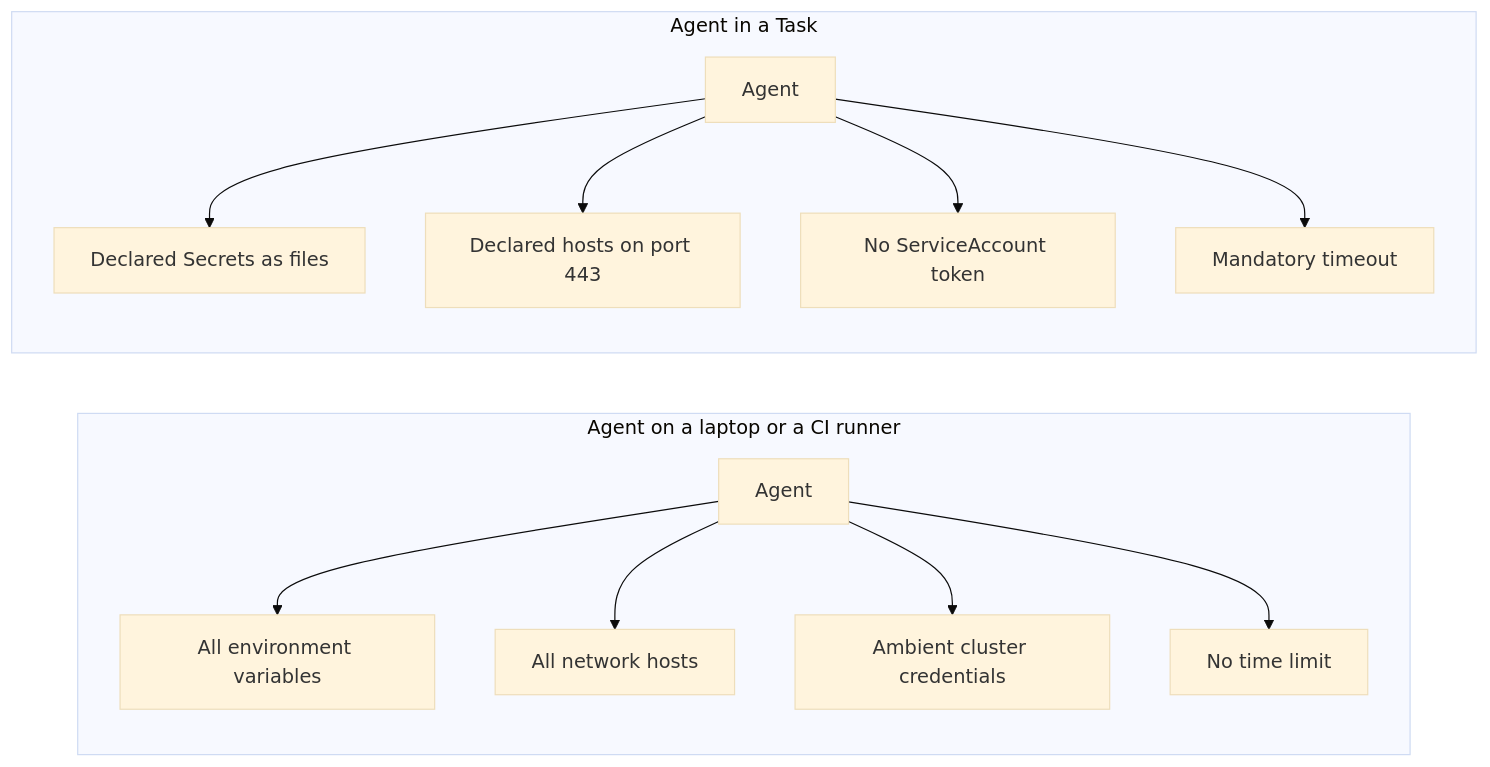
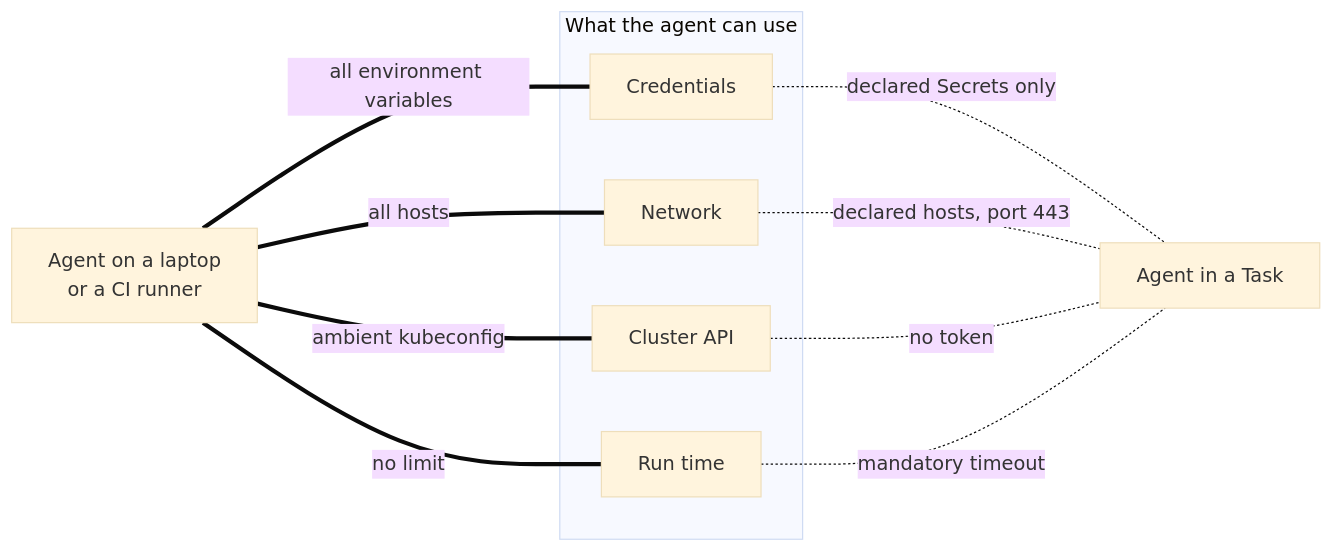
Before and after one commit to openconveyor/openconveyor: the first of 4 diagrams in README.md, drawn with Mermaid (base theme). The commit also changed other lines of this file, not shown here.

Commit message:
docs: redraw the why-it-exists diagram as one comparison

````diff
--- a/README.md
+++ b/README.md
@@ -26,15 +27,19 @@
 ```mermaid
 flowchart LR
-    subgraph before["Agent on a laptop or a CI runner"]
-        a1[Agent] --> e1[All environment variables]
-        a1 --> n1[All network hosts]
-        a1 --> k1[Ambient cluster credentials]
-        a1 --> t1[No time limit]
+    laptop["Agent on a laptop<br/>or a CI runner"]
+    task["Agent in a Task"]
+    subgraph reach["What the agent can use"]
+        creds[Credentials]
+        net[Network]
+        api[Cluster API]
+        time[Run time]
     end
-    subgraph after["Agent in a Task"]
-        a2[Agent] --> e2[Declared Secrets as files]
-        a2 --> n2[Declared hosts on port 443]
-        a2 --> k2[No ServiceAccount token]
-        a2 --> t2[Mandatory timeout]
-    end
+    laptop ===|all environment variables| creds
+    laptop ===|all hosts| net
+    laptop ===|ambient kubeconfig| api
+    laptop ===|no limit| time
+    creds -.-|declared Secrets only| task
+    net -.-|declared hosts, port 443| task
+    api -.-|no token| task
+    time -.-|mandatory timeout| task
 ```
````
